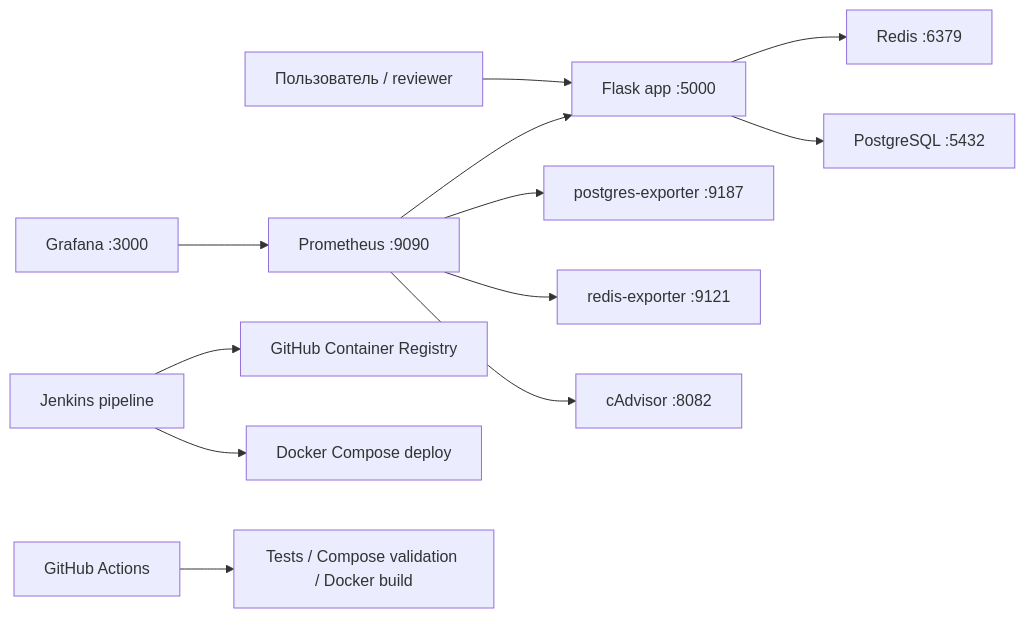
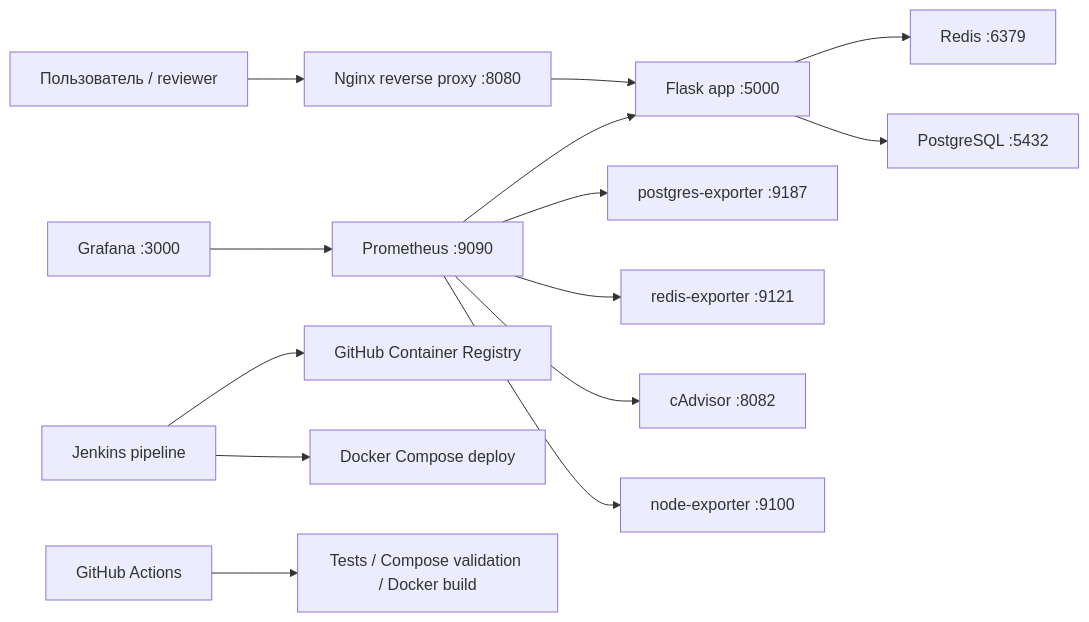
The diagram in README.md (x2slow4u/my-app), drawn with Mermaid before and after one commit. The commit also changed other lines of this file and 17 other files, not shown here.

Commit message:
Add reverse proxy and monitoring provisioning

````diff
--- a/README.md
+++ b/README.md
@@ -33,14 +38,16 @@
 ```mermaid
 flowchart LR
-    User["Пользователь / reviewer"] --> Web["Flask app :5000"]
+    User["Пользователь / reviewer"] --> Nginx["Nginx reverse proxy :8080"]
+    Nginx --> Web["Flask app :5000"]
     Web --> Redis["Redis :6379"]
     Web --> DB["PostgreSQL :5432"]
     Prom["Prometheus :9090"] --> Web
     Prom --> PgExp["postgres-exporter :9187"]
     Prom --> RedisExp["redis-exporter :9121"]
     Prom --> CAdvisor["cAdvisor :8082"]
+    Prom --> NodeExp["node-exporter :9100"]
     Grafana["Grafana :3000"] --> Prom
     Jenkins["Jenkins pipeline"] --> GHCR["GitHub Container Registry"]
     Jenkins --> Compose["Docker Compose deploy"]
     Actions["GitHub Actions"] --> Tests["Tests / Compose validation / Docker build"]
 ```
````
